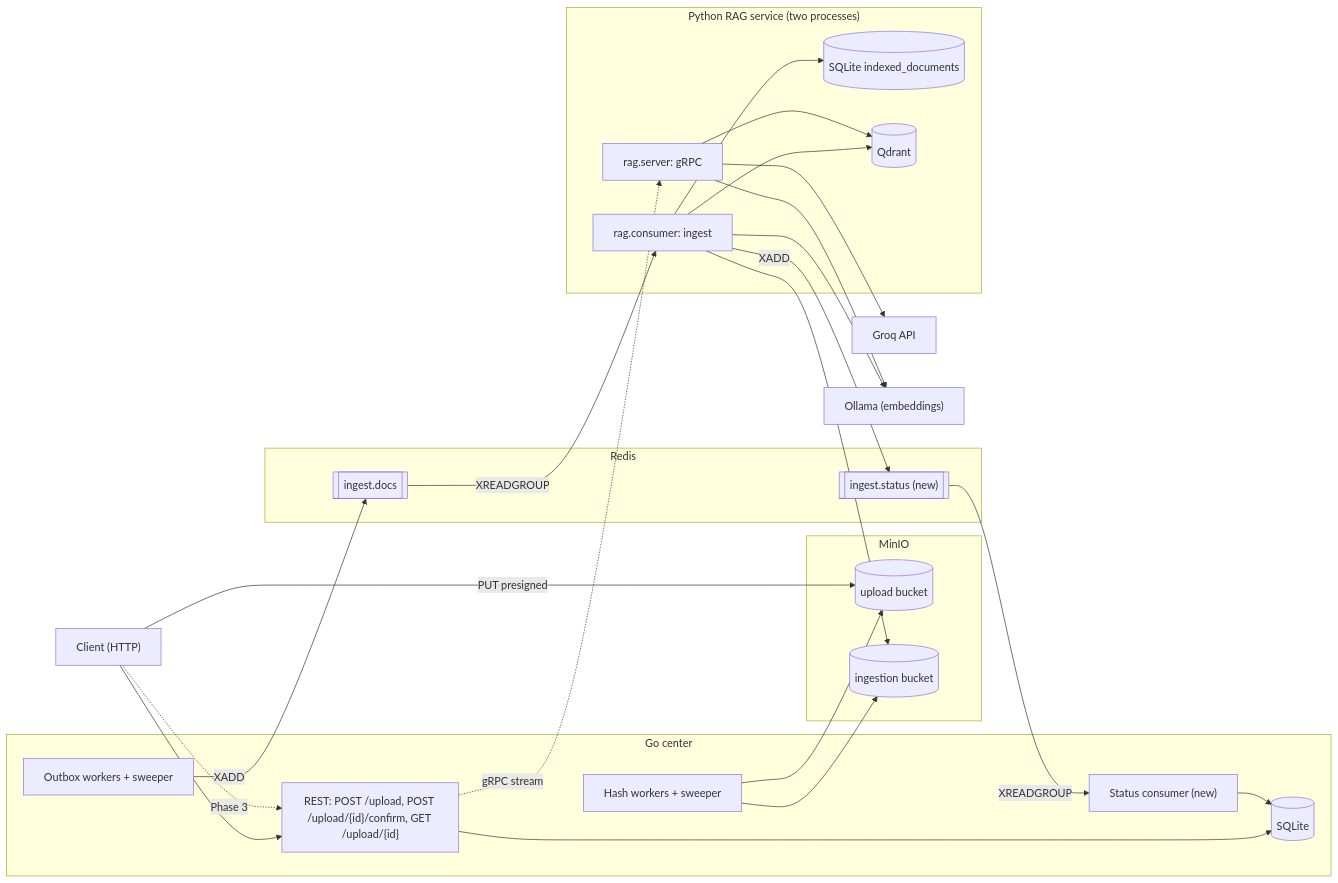
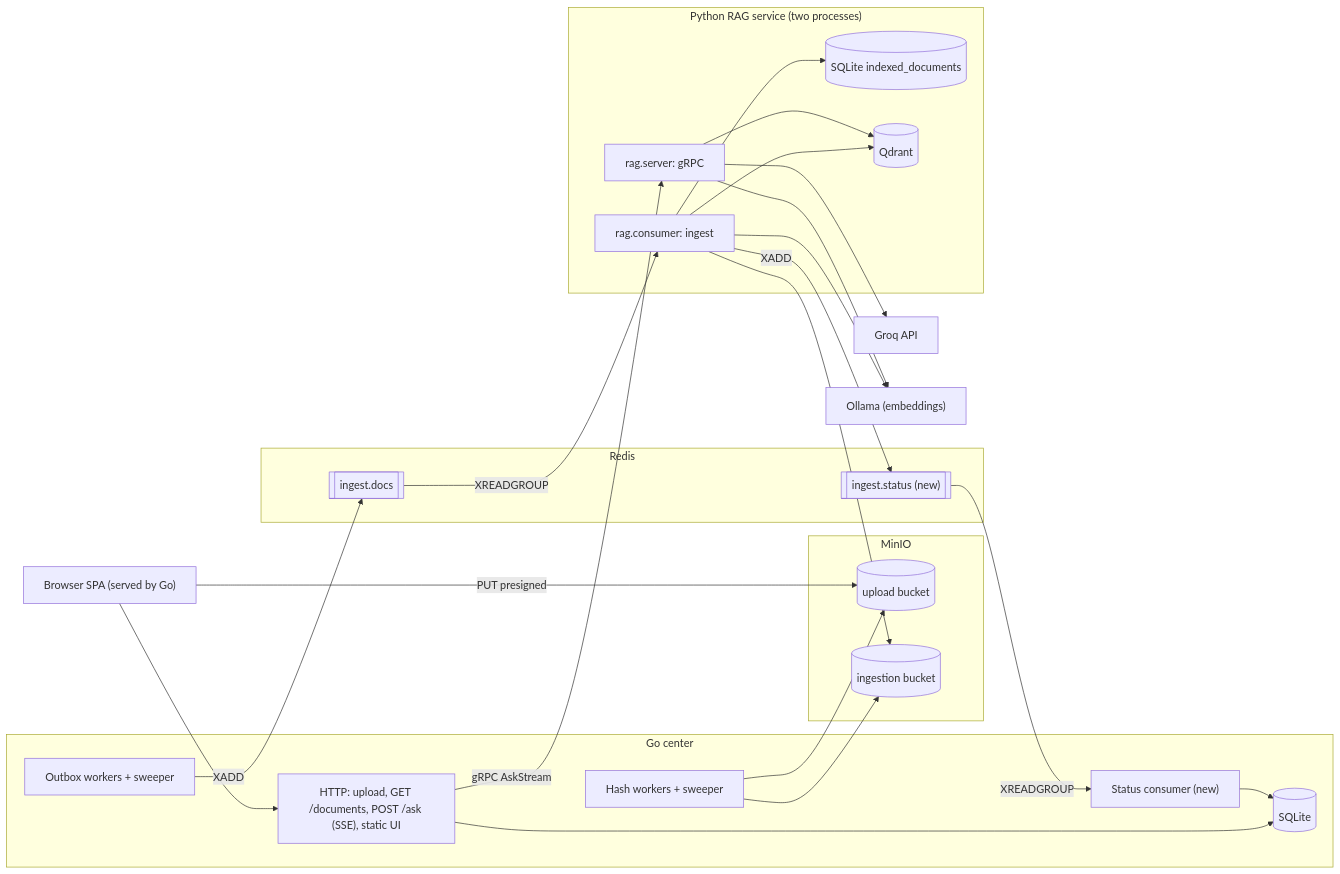
Before and after one commit to meeIbrahim/ragPOC: the first of 2 diagrams in docs/rag-poc-prd.md, drawn with Mermaid. The commit also changed other lines of this file, not shown here.

Commit message:
docs(prd): rev 3 with Phase 3 backend, Phase 4 web UI and the [go.ask] deadline

````diff
--- a/docs/rag-poc-prd.md
+++ b/docs/rag-poc-prd.md
@@ -56,44 +60,44 @@
 ```mermaid
 flowchart LR
-    Client["Client (HTTP)"]
+    Client["Browser SPA (served by Go)"]
     subgraph Go["Go center"]
-        API["REST: POST /upload, POST /upload/{id}/confirm, GET /upload/{id}"]
+        API["HTTP: upload, GET /documents, POST /ask (SSE), static UI"]
         HW["Hash workers + sweeper"]
         OW["Outbox workers + sweeper"]
         SC["Status consumer (new)"]
         DB[("SQLite")]
     end
     subgraph Obj["MinIO"]
         UB[("upload bucket")]
         IB[("ingestion bucket")]
     end
     subgraph Redis
         S1[["ingest.docs"]]
         S2[["ingest.status (new)"]]
     end
     subgraph Py["Python RAG service (two processes)"]
         PC["rag.consumer: ingest"]
         PS["rag.server: gRPC"]
         PI[("SQLite indexed_documents")]
         Q[("Qdrant")]
     end
     Groq["Groq API"]
     Ollama["Ollama (embeddings)"]
 
     Client --> API --> DB
     Client -->|"PUT presigned"| UB
     HW --> UB
     HW --> IB
     OW -->|"XADD"| S1
     S1 -->|"XREADGROUP"| PC
     PC --> IB
     PC --> Q
     PC --> PI
     PC --> Ollama
     PC -->|"XADD"| S2
     S2 -->|"XREADGROUP"| SC --> DB
-    Client -. "Phase 3" .-> API -. "gRPC stream" .-> PS
+    API -->|"gRPC AskStream"| PS
     PS --> Q
     PS --> Ollama
     PS --> Groq
 ```
````
